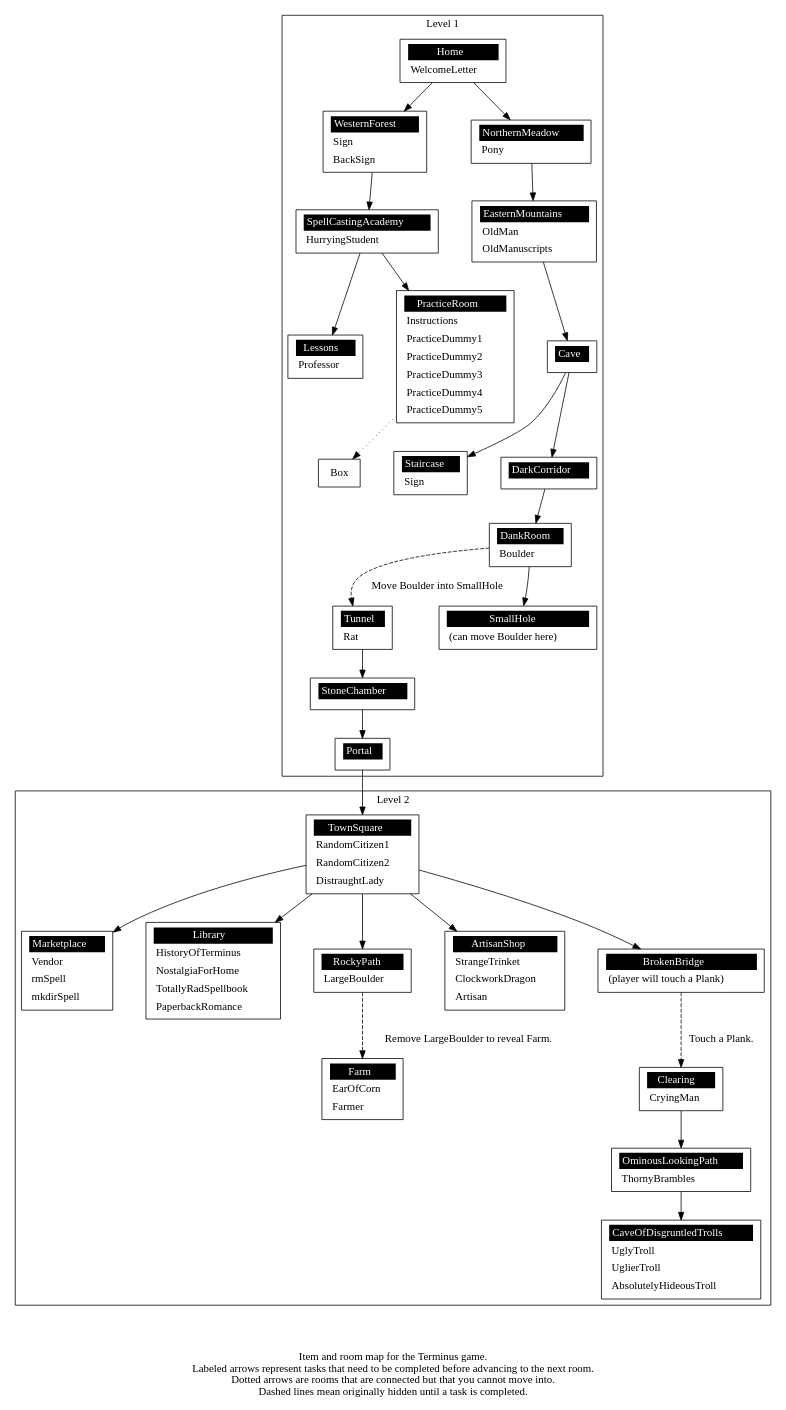
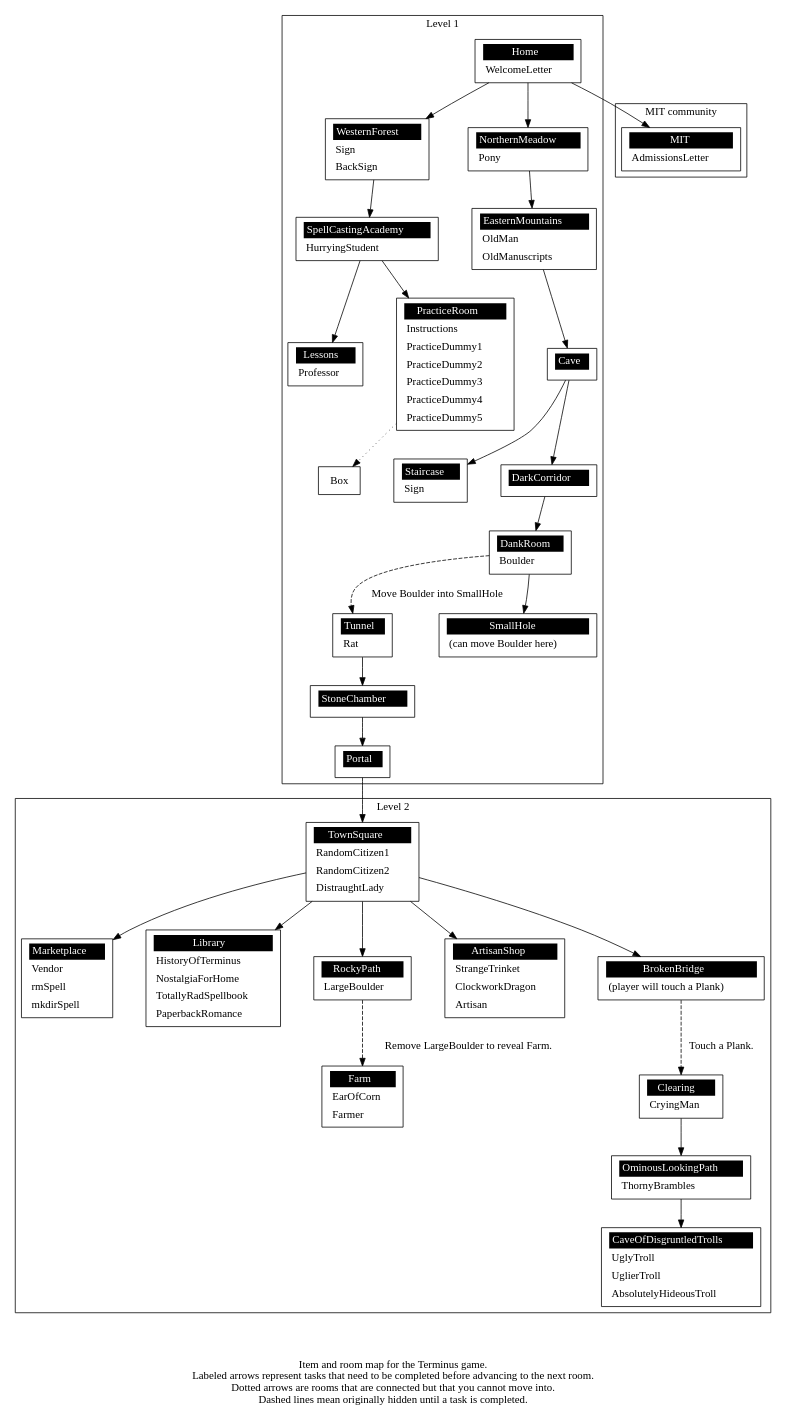
Before and after one commit to mprat/Terminus: the diagram in docs/level_map.gv, drawn with Graphviz. The commit also changed 2 other files, not shown here.

Commit message:
added MIT location to home

```diff
--- a/docs/level_map.gv
+++ b/docs/level_map.gv
@@ -177,6 +177,12 @@
 	<tr><td align="left" port="r0">AbsolutelyHideousTroll</td></tr>
 	</table>>];
 
+	"MIT" [label = 
+	<<table border="0" cellborder="0" cellpadding="3" bgcolor="white"><tr>
+	<td bgcolor="black" align="center" colspan="2"><font color="white">MIT</font></td></tr>
+	<tr><td align="left" port="r0">AdmissionsLetter</td></tr>
+	</table>>];
+
 	subgraph cluster_level1{
 		"Home" -> "WesternForest";
 		"Home" -> "NorthernMeadow";
@@ -210,5 +216,10 @@
 		"OminousLookingPath" -> "CaveOfDisgruntledTrolls";
 	}
 
+	subgraph cluster_mit{
+		label = "MIT community";
+		"Home" -> "MIT";
+	}
+
 	label = "\n\n\nItem and room map for the Terminus game.\nLabeled arrows represent tasks that need to be completed before advancing to the next room.\nDotted arrows are rooms that are connected but that you cannot move into.\nDashed lines mean originally hidden until a task is completed.";
 }
```
